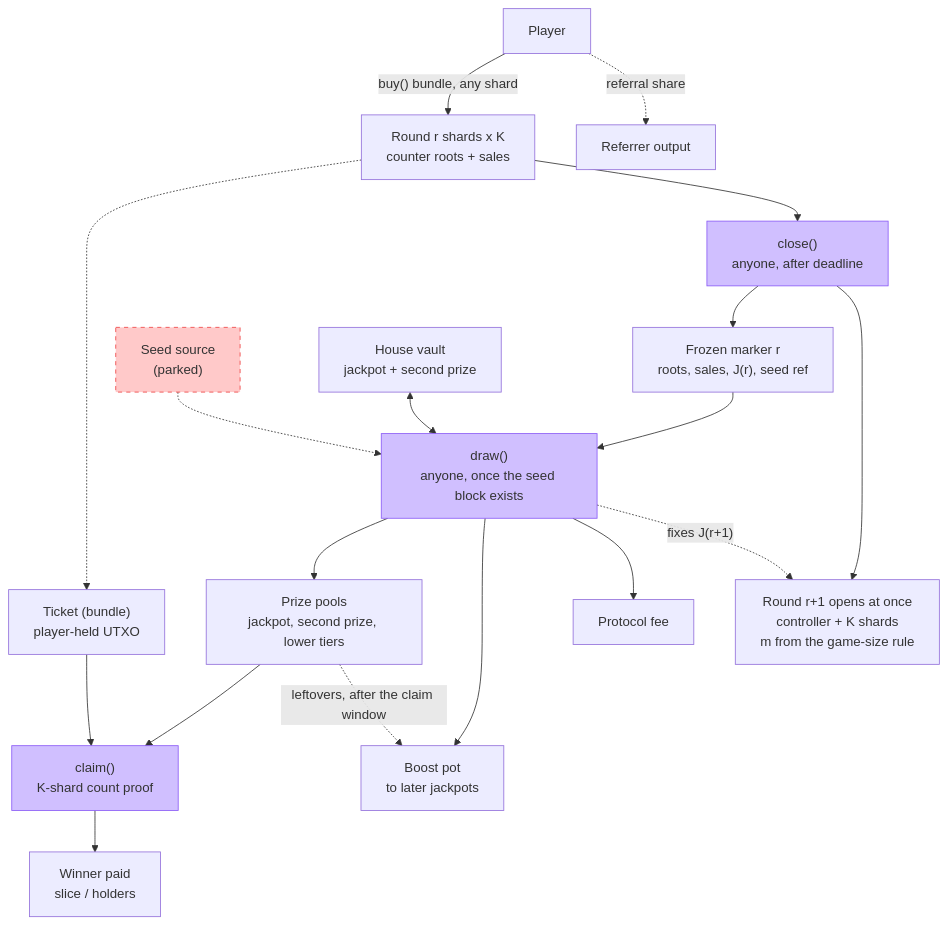
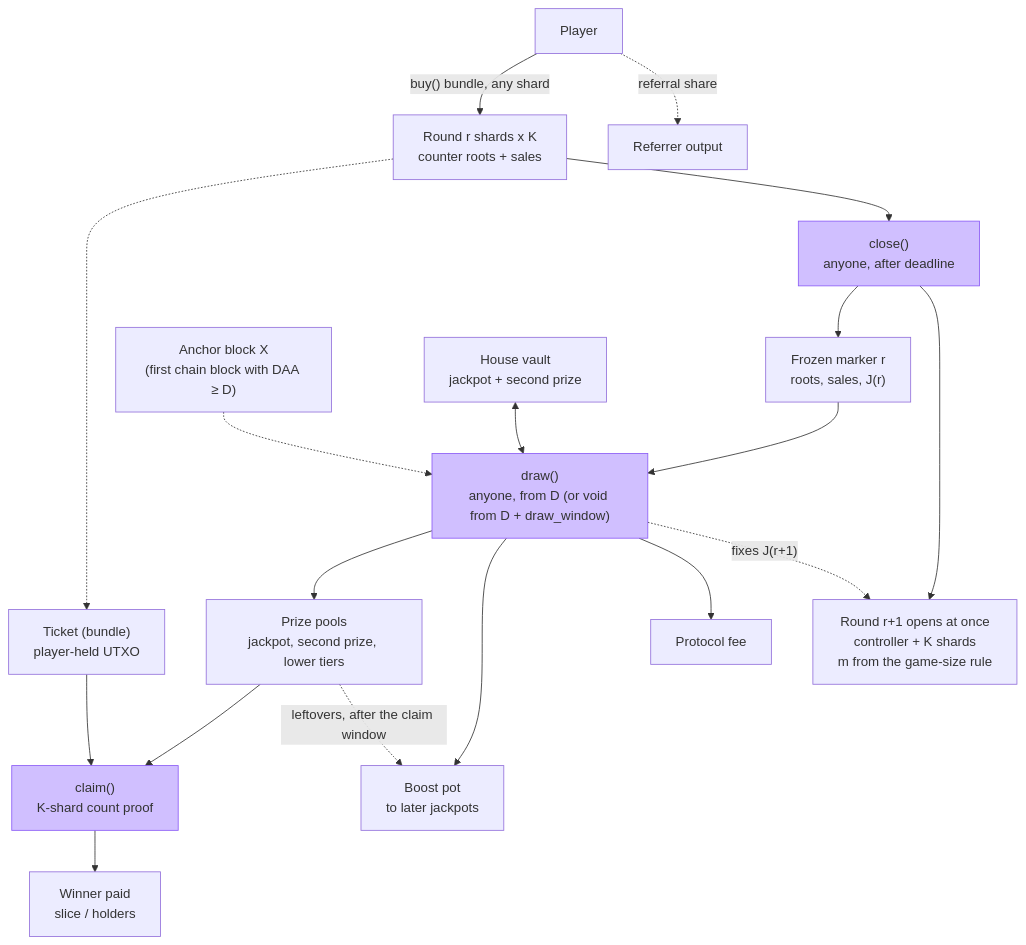
One commit to endritbabalija/Kaspalionare changed the diagram in docs/design.md. Above: the diagram before and after it, drawn with Mermaid. The commit also changed other lines of this file and 1 other file, not shown here.

First line of the commit message:
Docs: apply the M7 design edit (seed from the anchor block, void fallback, K/R/m_max final)

````diff
--- a/docs/design.md
+++ b/docs/design.md
@@ -122,24 +122,22 @@
 ```mermaid
 flowchart TD
   P["Player"] -->|"buy() bundle, any shard"| S["Round r shards x K<br/>counter roots + sales"]
   P -.->|"referral share"| RF["Referrer output"]
   S -.-> T["Ticket (bundle)<br/>player-held UTXO"]
   S --> C["close()<br/>anyone, after deadline"]
-  C --> F["Frozen marker r<br/>roots, sales, J(r), seed ref"]
+  C --> F["Frozen marker r<br/>roots, sales, J(r)"]
   C --> N["Round r+1 opens at once<br/>controller + K shards<br/>m from the game-size rule"]
-  F --> D["draw()<br/>anyone, once the seed block exists"]
-  R["Seed source<br/>(parked)"] -.-> D
+  F --> D["draw()<br/>anyone, from D (or void from D + draw_window)"]
+  R["Anchor block X<br/>(first chain block with DAA ≥ D)"] -.-> D
   V["House vault<br/>jackpot + second prize"] <--> D
   D --> PP["Prize pools<br/>jackpot, second prize, lower tiers"]
   D --> BP["Boost pot<br/>to later jackpots"]
   D --> FE["Protocol fee"]
   D -.->|"fixes J(r+1)"| N
   T --> CL["claim()<br/>K-shard count proof"]
   PP --> CL
   CL --> W["Winner paid<br/>slice / holders"]
   PP -.->|"leftovers, after the claim window"| BP
   classDef fn fill:#d0bfff,stroke:#8b5cf6;
-  classDef parked fill:#ffc9c9,stroke:#ef4444,stroke-dasharray:5 5;
   class C,D,CL fn;
-  class R parked;
 ```
````
